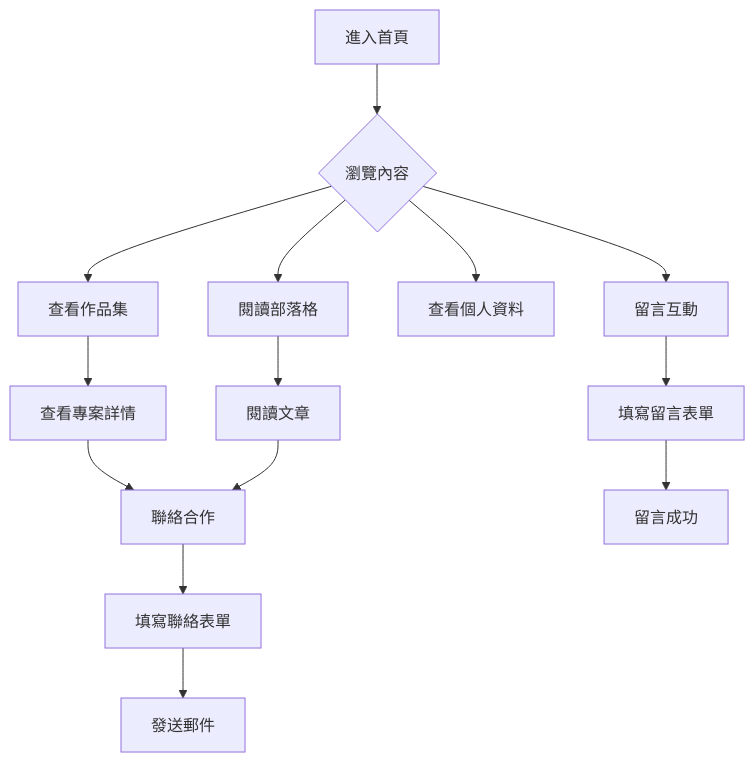
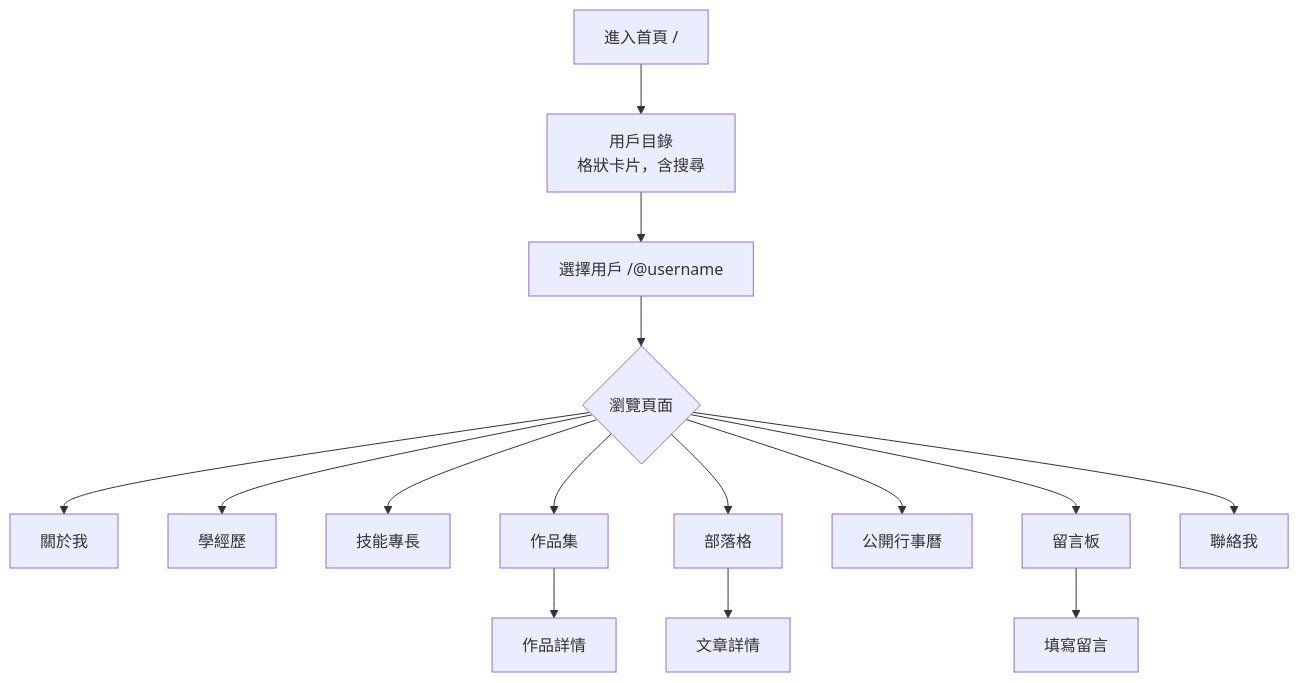
One commit to hn83320589/personal_manager changed the first of 2 diagrams in docs/feature-overview.md. Above: the diagram before and after it, drawn with Mermaid. The commit also changed other lines of this file and 7 other files, not shown here.

````diff
--- a/docs/feature-overview.md
+++ b/docs/feature-overview.md
@@ -127,19 +30,19 @@
 ```mermaid
 flowchart TD
-    A[進入首頁] --> B{瀏覽內容}
-    B --> C[查看作品集]
-    B --> D[閱讀部落格]
-    B --> E[查看個人資料]
-    B --> F[留言互動]
-    
-    C --> G[查看專案詳情]
-    D --> H[閱讀文章]
-    F --> I[填寫留言表單]
-    
-    G --> J[聯絡合作]
-    H --> J
-    I --> K[留言成功]
-    
-    J --> L[填寫聯絡表單]
-    L --> M[發送郵件]
+    A[進入首頁 /] --> B[用戶目錄\n格狀卡片，含搜尋]
+    B --> C[選擇用戶 /@username]
+    C --> D{瀏覽頁面}
+
+    D --> E[關於我]
+    D --> F[學經歷]
+    D --> G[技能專長]
+    D --> H[作品集]
+    D --> I[部落格]
+    D --> J[公開行事曆]
+    D --> K[留言板]
+    D --> L[聯絡我]
+
+    H --> H1[作品詳情]
+    I --> I1[文章詳情]
+    K --> K1[填寫留言]
 ```
````
